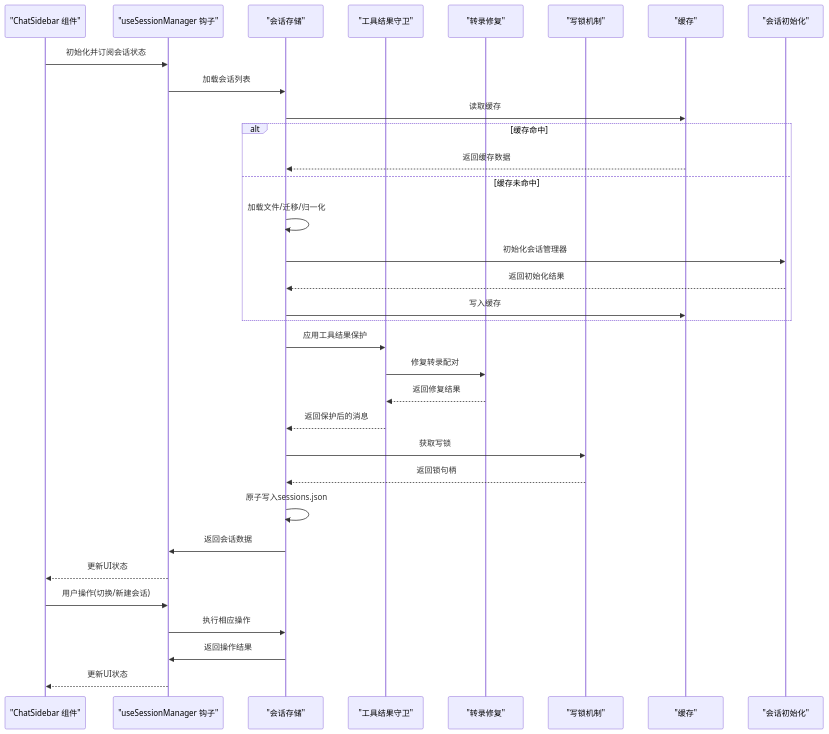
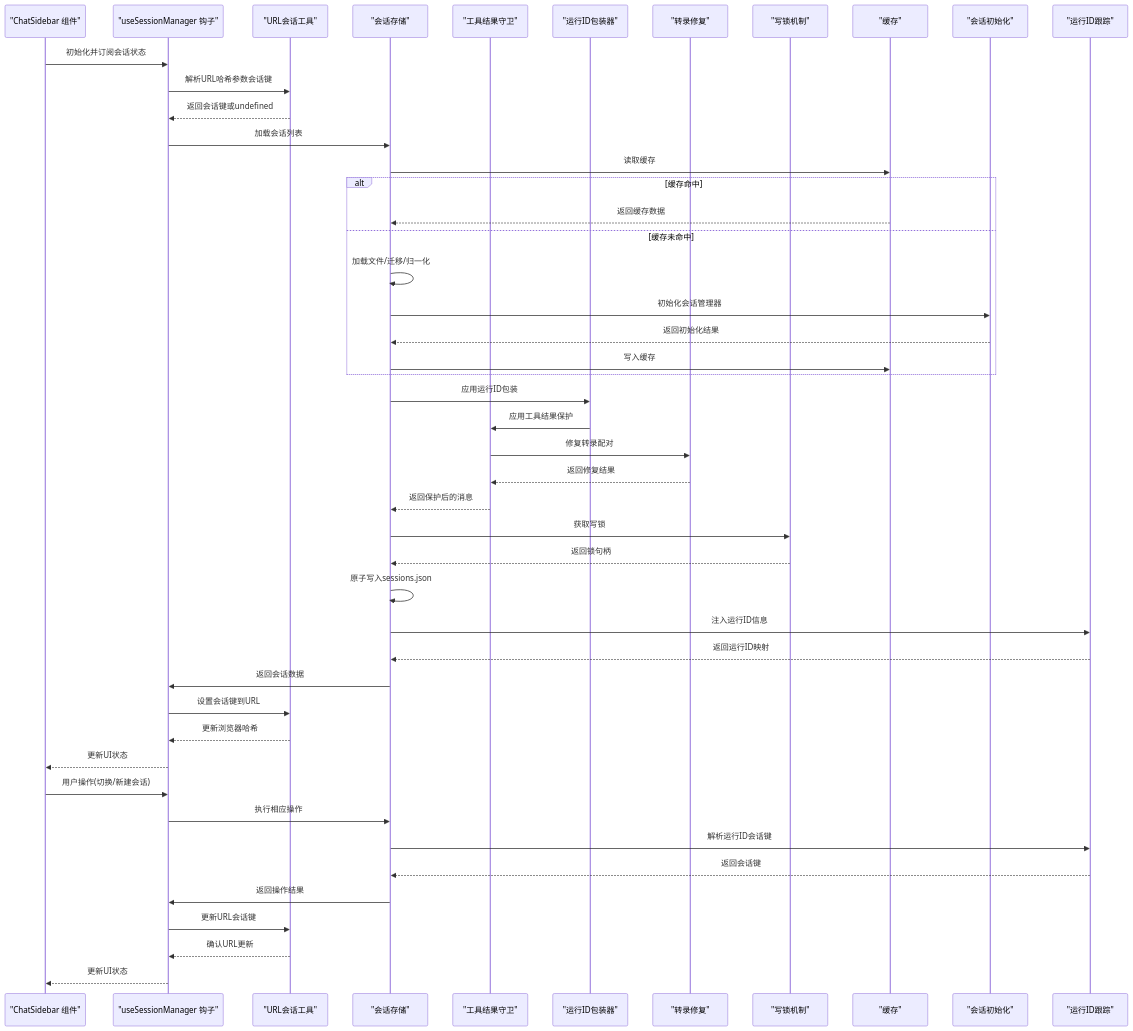
One commit to verse-ai-org/openclaw changed the second of 20 diagrams in .qoder/repowiki/zh/content/核心概念/会话管理.md. Above: the diagram before and after it, drawn with Mermaid. The commit also changed other lines of this file and 48 other files, not shown here.

````diff
--- a/.qoder/repowiki/zh/content/核心概念/会话管理.md
+++ b/.qoder/repowiki/zh/content/核心概念/会话管理.md
@@ -251,35 +290,49 @@
 ```mermaid
 sequenceDiagram
 participant UI as "ChatSidebar 组件"
 participant Hook as "useSessionManager 钩子"
+participant URL as "URL会话工具"
 participant Store as "会话存储"
 participant Guard as "工具结果守卫"
+participant Wrapper as "运行ID包装器"
 participant Repair as "转录修复"
 participant Lock as "写锁机制"
 participant Cache as "缓存"
 participant Init as "会话初始化"
+participant RunID as "运行ID跟踪"
 UI->>Hook : 初始化并订阅会话状态
+Hook->>URL : 解析URL哈希参数会话键
+URL-->>Hook : 返回会话键或undefined
 Hook->>Store : 加载会话列表
 Store->>Cache : 读取缓存
 alt 缓存命中
 Cache-->>Store : 返回缓存数据
 else 缓存未命中
 Store->>Store : 加载文件/迁移/归一化
 Store->>Init : 初始化会话管理器
 Init-->>Store : 返回初始化结果
 Store->>Cache : 写入缓存
 end
-Store->>Guard : 应用工具结果保护
+Store->>Wrapper : 应用运行ID包装
+Wrapper->>Guard : 应用工具结果保护
 Guard->>Repair : 修复转录配对
 Repair-->>Guard : 返回修复结果
 Guard-->>Store : 返回保护后的消息
 Store->>Lock : 获取写锁
 Lock-->>Store : 返回锁句柄
 Store->>Store : 原子写入sessions.json
+Store->>RunID : 注入运行ID信息
+RunID-->>Store : 返回运行ID映射
 Store->>Hook : 返回会话数据
+Hook->>URL : 设置会话键到URL
+URL-->>Hook : 更新浏览器哈希
 Hook-->>UI : 更新UI状态
 UI->>Hook : 用户操作(切换/新建会话)
 Hook->>Store : 执行相应操作
+Store->>RunID : 解析运行ID会话键
+RunID-->>Store : 返回会话键
 Store->>Hook : 返回操作结果
+Hook->>URL : 更新URL会话键
+URL-->>Hook : 确认URL更新
 Hook-->>UI : 更新UI状态
 ```
````
